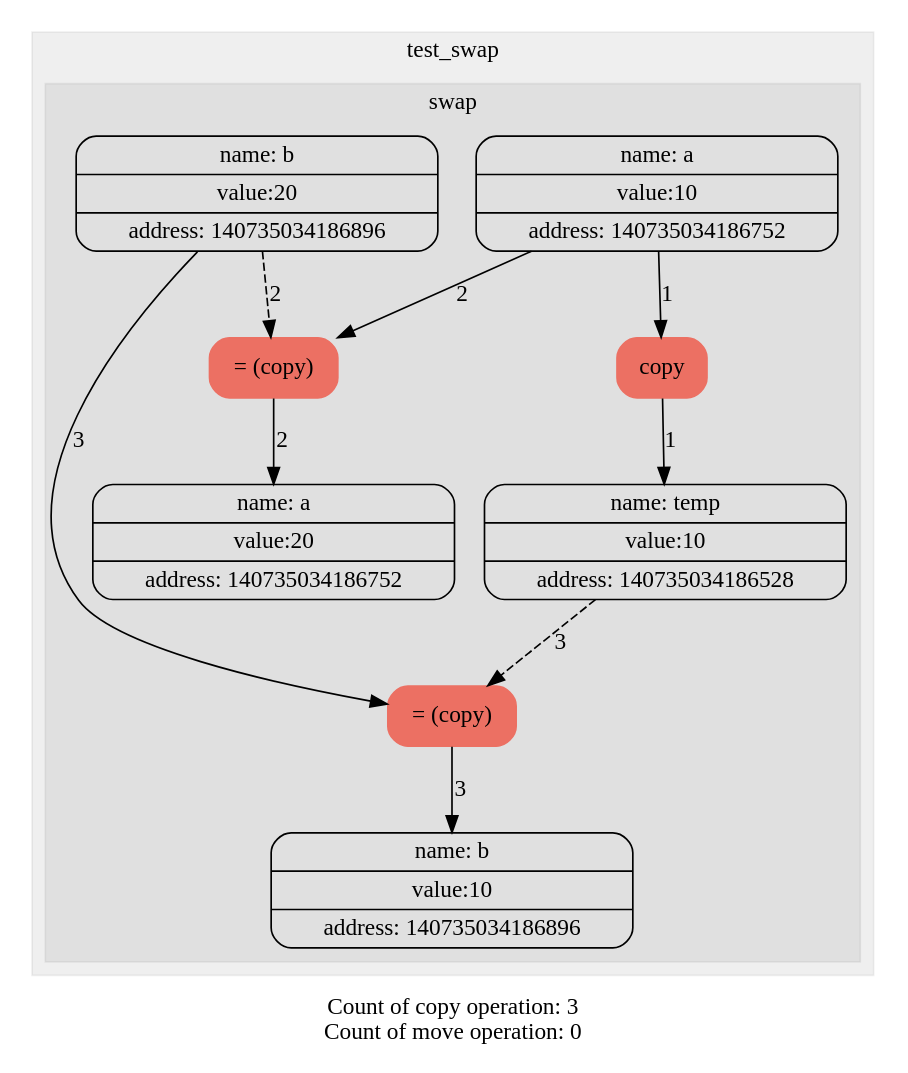
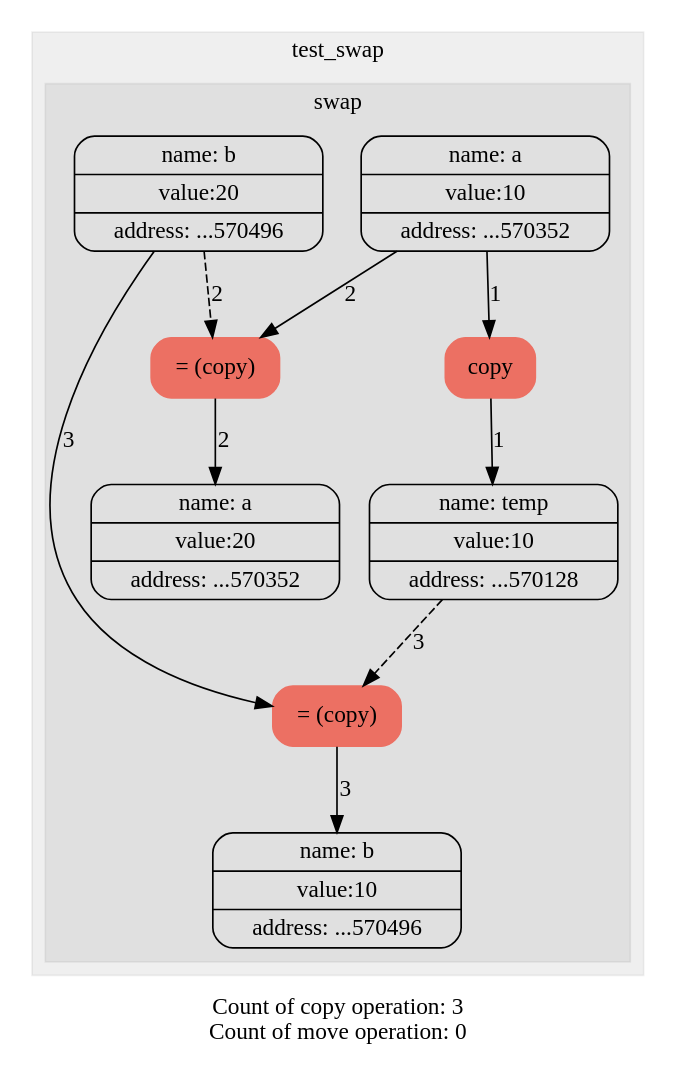
One commit to levasemin/Move_Semantic changed the diagram in experiments/move_function/dot/graph_swap.dot. Above: the diagram before and after it, drawn with Graphviz. The commit also changed 50 other files, not shown here.

```diff
--- a/experiments/move_function/dot/graph_swap.dot
+++ b/experiments/move_function/dot/graph_swap.dot
@@ -1,35 +1,35 @@
 digraph G{
 trankdir=HR;
 node[shape=Mrecord];
 
 subgraph "cluster_0" {
 label = test_swap;
 style = filled
 color = "#00000010";
-1[label="{ {name: tmp0} | {value:10} | {address: 140735034186752}} " color=""style=""fontcolor=""];
-1[label="{ {name: a} | {value:10} | {address: 140735034186752}} " color=""style=""fontcolor=""];
-2[label="{ {name: tmp1} | {value:20} | {address: 140735034186896}} " color=""style=""fontcolor=""];
-2[label="{ {name: b} | {value:20} | {address: 140735034186896}} " color=""style=""fontcolor=""];
+1[label="{ {name: tmp0} | {value:10} | {address: ...570352}} " color=""style=""fontcolor=""];
+1[label="{ {name: a} | {value:10} | {address: ...570352}} " color=""style=""fontcolor=""];
+2[label="{ {name: tmp1} | {value:20} | {address: ...570496}} " color=""style=""fontcolor=""];
+2[label="{ {name: b} | {value:20} | {address: ...570496}} " color=""style=""fontcolor=""];
 subgraph "cluster_1" {
 label = swap;
 style = filled
 color = "#00000010";
 3[label = "copy" color = "#EC7063" style = "filled" fontcolor = "" ];
 edge[style = "" color = ""label = "1"fontcolor = ""]1->3;
-4[label="{ {name: tmp2} | {value:10} | {address: 140735034186528}} " color=""style=""fontcolor=""];
+4[label="{ {name: tmp2} | {value:10} | {address: ...570128}} " color=""style=""fontcolor=""];
 edge[style = "" color = ""label = "1"fontcolor = ""]3->4;
-4[label="{ {name: temp} | {value:10} | {address: 140735034186528}} " color=""style=""fontcolor=""];
+4[label="{ {name: temp} | {value:10} | {address: ...570128}} " color=""style=""fontcolor=""];
 5[label = "= (copy)" color = "#EC7063" style = "filled" fontcolor = "" ];
 edge[style = "" color = ""label = "2"fontcolor = ""]1->5;
 edge[style = "dashed" color = ""label = "2"fontcolor = ""]2->5;
-6[label="{ {name: a} | {value:20} | {address: 140735034186752}} " color=""style=""fontcolor=""];
+6[label="{ {name: a} | {value:20} | {address: ...570352}} " color=""style=""fontcolor=""];
 edge[style = "" color = ""label = "2"fontcolor = ""]5->6;
 7[label = "= (copy)" color = "#EC7063" style = "filled" fontcolor = "" ];
 edge[style = "" color = ""label = "3"fontcolor = ""]2->7;
 edge[style = "dashed" color = ""label = "3"fontcolor = ""]4->7;
-8[label="{ {name: b} | {value:10} | {address: 140735034186896}} " color=""style=""fontcolor=""];
+8[label="{ {name: b} | {value:10} | {address: ...570496}} " color=""style=""fontcolor=""];
 edge[style = "" color = ""label = "3"fontcolor = ""]7->8;
 }
 }
 label="Count of copy operation: 3
 Count of move operation: 0"}
```
